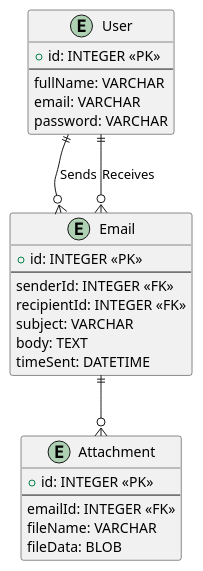
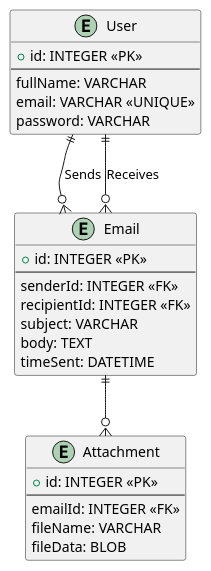
The diagram in entity-relationships.pu (dat267/expressjs-email-app), drawn with PlantUML before and after one commit. The commit also changed 4 other files, not shown here.

```diff
--- a/entity-relationships.pu
+++ b/entity-relationships.pu
@@ -1,31 +1,31 @@
 @startuml emailsys
 entity "User" {
   + id: INTEGER <<PK>>
   --
   fullName: VARCHAR
-  email: VARCHAR
+  email: VARCHAR <<UNIQUE>>
   password: VARCHAR
 }
 
 entity "Email" {
   + id: INTEGER <<PK>>
   --
   senderId: INTEGER <<FK>>
   recipientId: INTEGER <<FK>>
   subject: VARCHAR
   body: TEXT
   timeSent: DATETIME
 }
 
 entity "Attachment" {
   + id: INTEGER <<PK>>
   --
   emailId: INTEGER <<FK>>
   fileName: VARCHAR
   fileData: BLOB
 }
 
 User ||--o{ Email: Sends
 User ||--o{ Email: Receives
 Email ||--o{ Attachment
 @enduml
```
